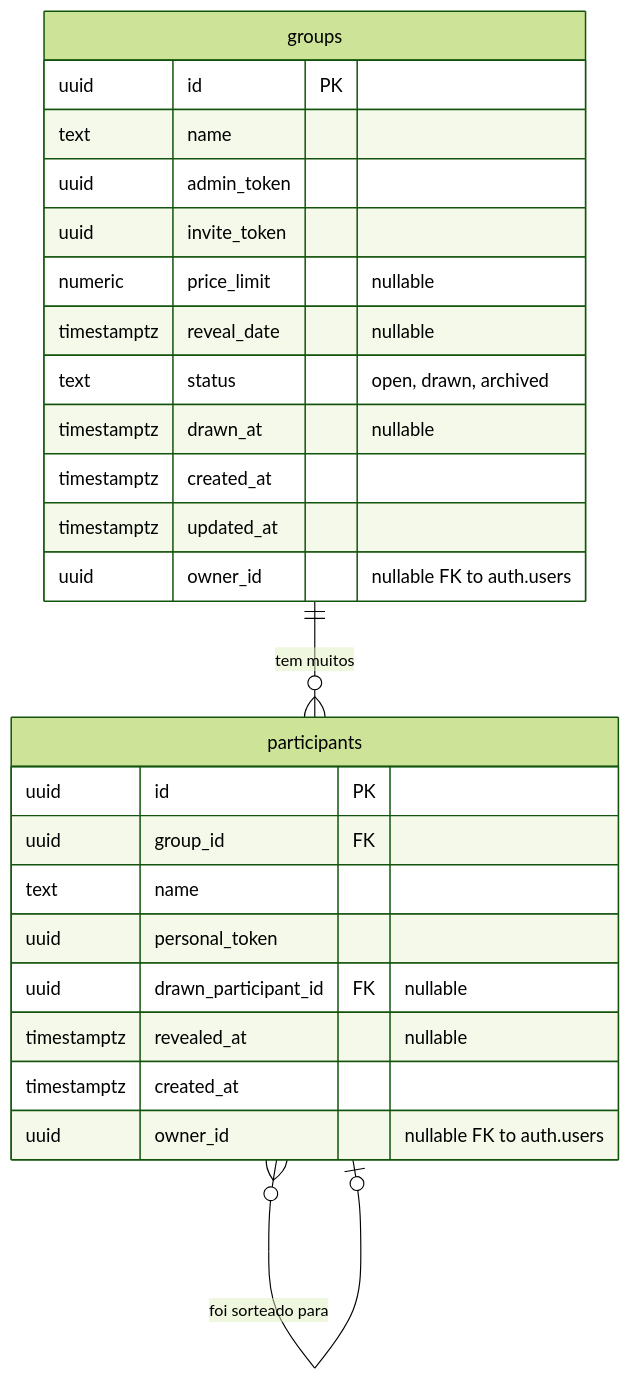
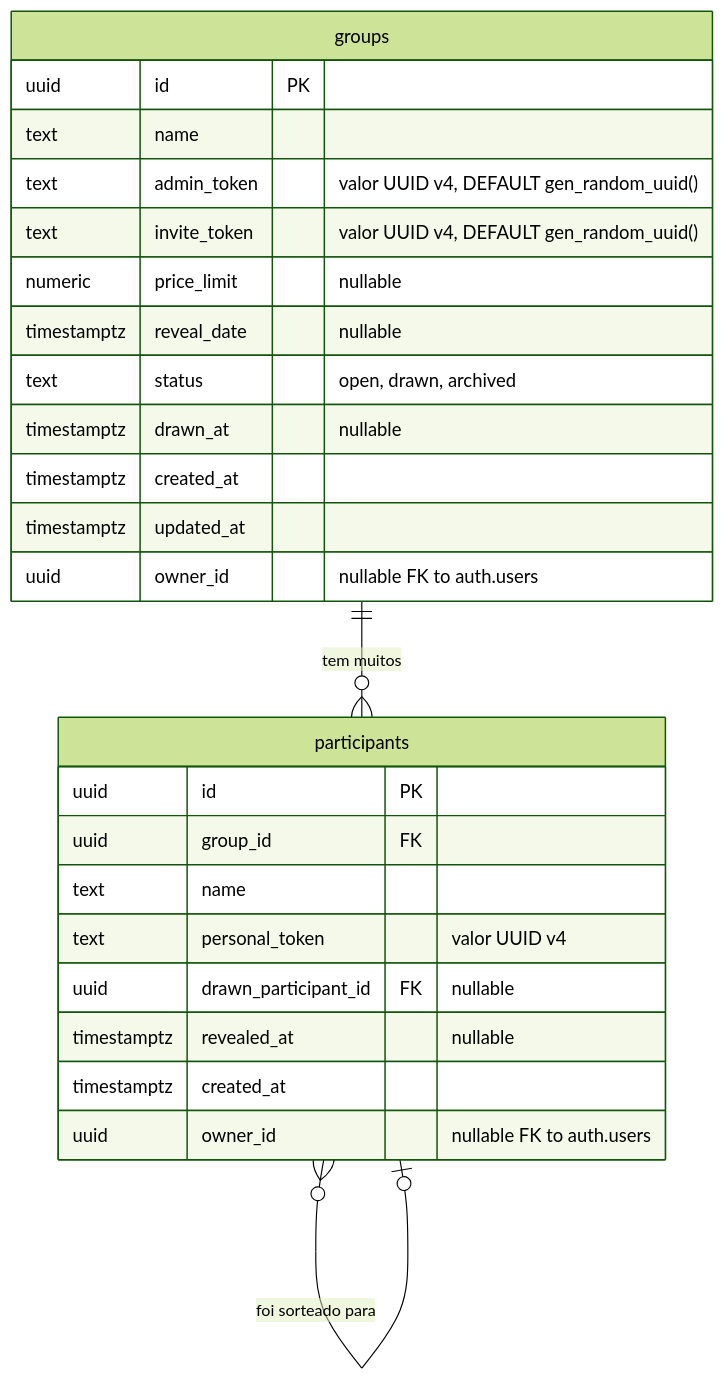
Before and after one commit to LorenzoHzK/amigo-secreto-ou-inimigo: the diagram in docs/sdd.md, drawn with Mermaid (forest theme). The commit also changed other lines of this file and 2 other files, not shown here.

First line of the commit message:
docs(sdd): sync schema, tokens and rpcs with current implementation

````diff
--- a/docs/sdd.md
+++ b/docs/sdd.md
@@ -50,30 +50,30 @@
 ```mermaid
 erDiagram
     groups {
         uuid id PK
         text name
-        uuid admin_token
-        uuid invite_token
+        text admin_token "valor UUID v4, DEFAULT gen_random_uuid()"
+        text invite_token "valor UUID v4, DEFAULT gen_random_uuid()"
         numeric price_limit "nullable"
         timestamptz reveal_date "nullable"
         text status "open, drawn, archived"
         timestamptz drawn_at "nullable"
         timestamptz created_at
         timestamptz updated_at
         uuid owner_id "nullable FK to auth.users"
     }
 
     participants {
         uuid id PK
         uuid group_id FK
         text name
-        uuid personal_token
+        text personal_token "valor UUID v4"
         uuid drawn_participant_id FK "nullable"
         timestamptz revealed_at "nullable"
         timestamptz created_at
         uuid owner_id "nullable FK to auth.users"
     }
 
     groups ||--o{ participants : "tem muitos"
     participants }o--o| participants : "foi sorteado para"
 ```
````
